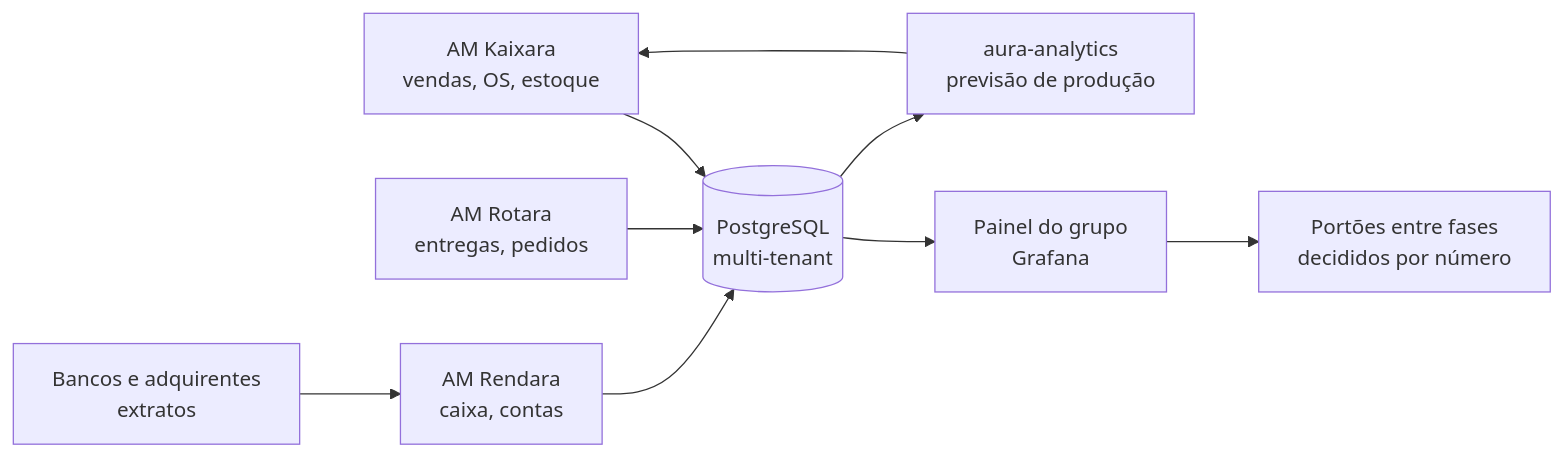
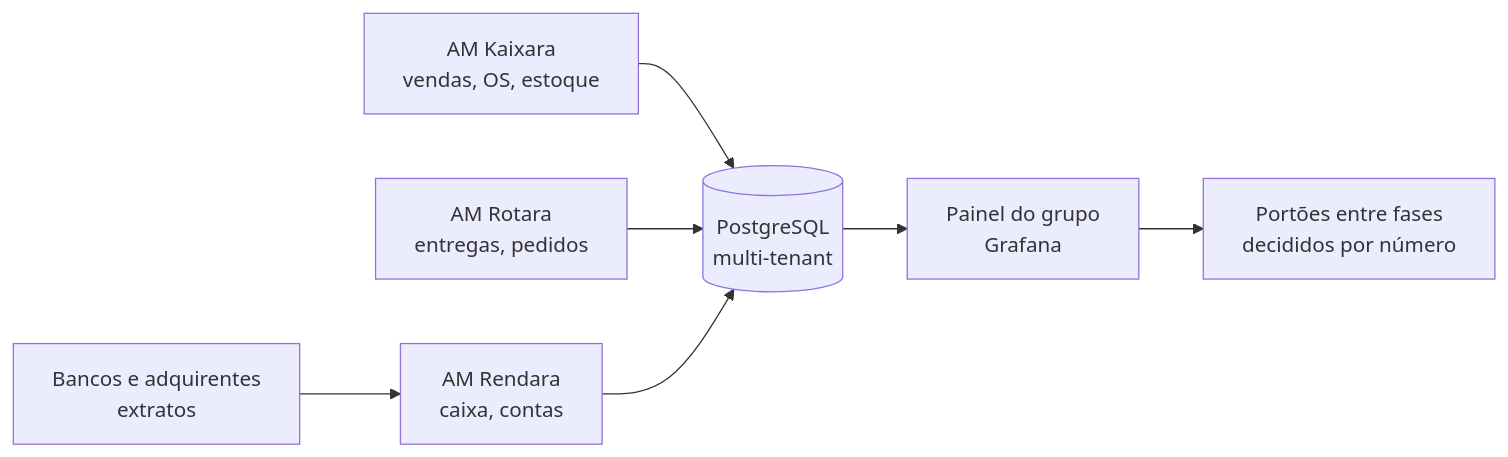
The diagram in docs/negocios/12-sistemas-do-grupo.md (AlanMateus17/dev-setup), drawn with Mermaid before and after one commit. The commit also changed other lines of this file and 50 other files, not shown here.

````diff
--- a/docs/negocios/12-sistemas-do-grupo.md
+++ b/docs/negocios/12-sistemas-do-grupo.md
@@ -19,11 +19,9 @@
 ```mermaid
 flowchart LR
   K["AM Kaixara<br/>vendas, OS, estoque"] --> DB[("PostgreSQL<br/>multi-tenant")]
   R["AM Rotara<br/>entregas, pedidos"] --> DB
   F["AM Rendara<br/>caixa, contas"] --> DB
   B["Bancos e adquirentes<br/>extratos"] --> F
   DB --> G["Painel do grupo<br/>Grafana"]
-  DB --> A["aura-analytics<br/>previsão de produção"]
-  A --> K
   G --> P["Portões entre fases<br/>decididos por número"]
 ```
````
